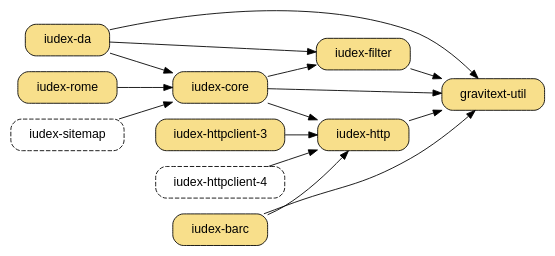
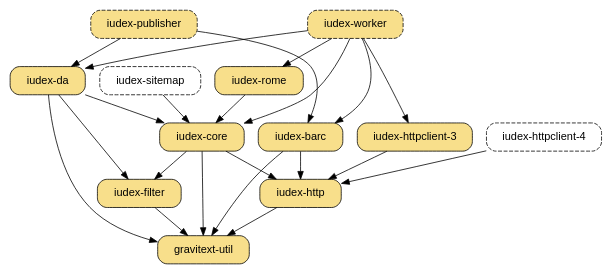
One commit to dekellum/iudex changed the diagram in www/_dot/iudex.dot. Above: the diagram before and after it, drawn with Graphviz. The commit also changed 2 other files, not shown here.

Commit message:
www: iudex-worker/publisher; filter updates in docs

```diff
--- a/www/_dot/iudex.dot
+++ b/www/_dot/iudex.dot
@@ -1,51 +1,62 @@
 digraph "iudex-gems" {
-  rankdir=LR
-  size="5.5,5";
+  rankdir=TB
+  size="6.0,5";
   bgcolor="transparent";
   node [ shape=box, style="filled,rounded", fillcolor="#f8df8b",
          fontname="Arial",  margin="0.30,0.1" ];
 
   "iudex-filter" -> "gravitext-util"
   "iudex-da"     -> "gravitext-util"
   "iudex-da"     [ target=_parent, URL="../da.html" ];
   "iudex-da"     -> "iudex-filter"
   "iudex-da"     -> "iudex-core"
 
   "iudex-core"   -> "gravitext-util"
   "iudex-core"   -> "iudex-filter"
   "iudex-core"   -> "iudex-http"
 
   "iudex-rome"   -> "iudex-core"
 
   "iudex-sitemap" [ style="rounded,dashed" ];
   "iudex-sitemap" [ target=_parent, URL="../sitemap.html" ];
   "iudex-sitemap" -> "iudex-core"
 
   "iudex-barc"   -> "gravitext-util"
   "iudex-barc"   -> "iudex-http"
   "iudex-barc"   [ target=_parent, URL="../barc.html" ];
   "iudex-http"   -> "gravitext-util"
 
   "iudex-httpclient-3" -> "iudex-http"
 
   "iudex-httpclient-4" [ style="rounded,dashed" ];
   "iudex-httpclient-4" -> "iudex-http"
 
+  "iudex-worker" [ style="filled,rounded,dashed" ];
+  "iudex-worker" -> "iudex-da"
+  "iudex-worker" -> "iudex-rome"
+  "iudex-worker" -> "iudex-core"
+  "iudex-worker" -> "iudex-httpclient-3"
+  "iudex-worker" -> "iudex-barc"
+
+  "iudex-publisher" [ style="filled,rounded,dashed" ];
+  "iudex-publisher" -> "iudex-da"
+  "iudex-publisher" -> "iudex-barc"
+
 #  "iudex-filter" -> "rjack-slf4j"
 #  "iudex-filter" -> "rjack-logback"
 #  "iudex-http"   -> "rjack-slf4j"
 #  "iudex-barc"   -> "rjack-slf4j"
 #  "iudex-core"   -> "rjack-slf4j"
 #  "iudex-core"   -> "rjack-logback"
 #  "iudex-da"     -> "rjack-slf4j"
 
 #  "rjack-httpclient" -> "rjack-commons-codec";
 #  "rjack-httpclient" -> "rjack-logback" [ style=dashed, label="dev" ];
 #  "rjack-httpclient" -> "rjack-slf4j";
 
 #  "rjack-slf4j"   [ group=log ];
 #  "rjack-logback" [ group=log ];
 #  "rjack-logback" -> "rjack-slf4j";
 #  "rjack-commons-codec"   [ group=commons ];
 
 }
```
